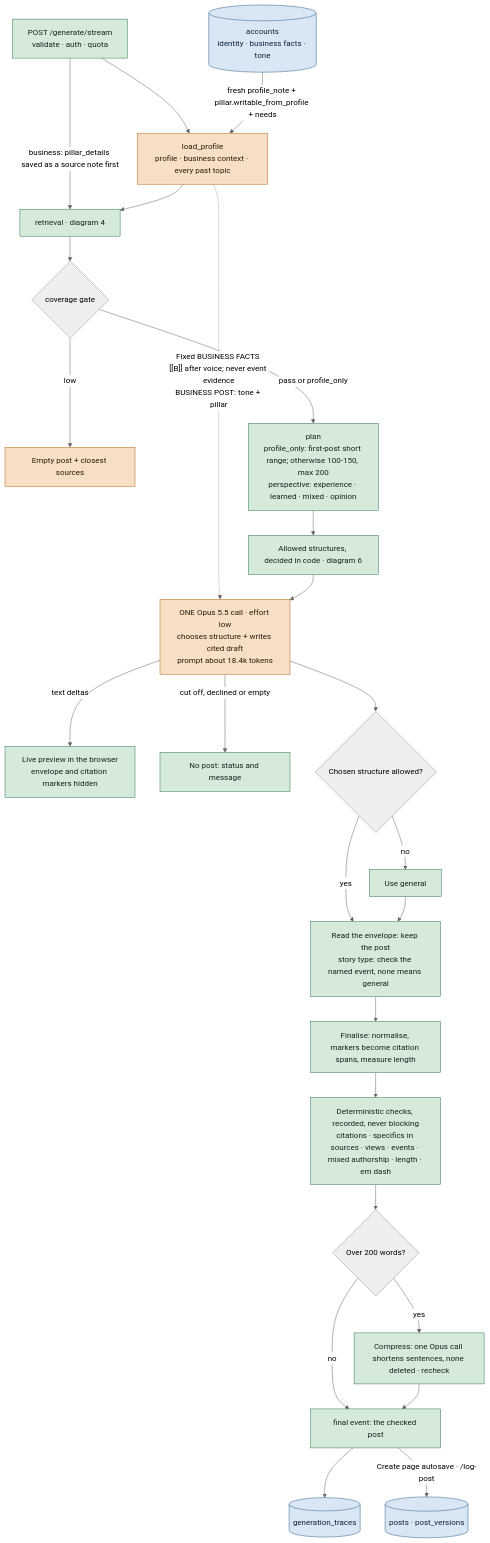
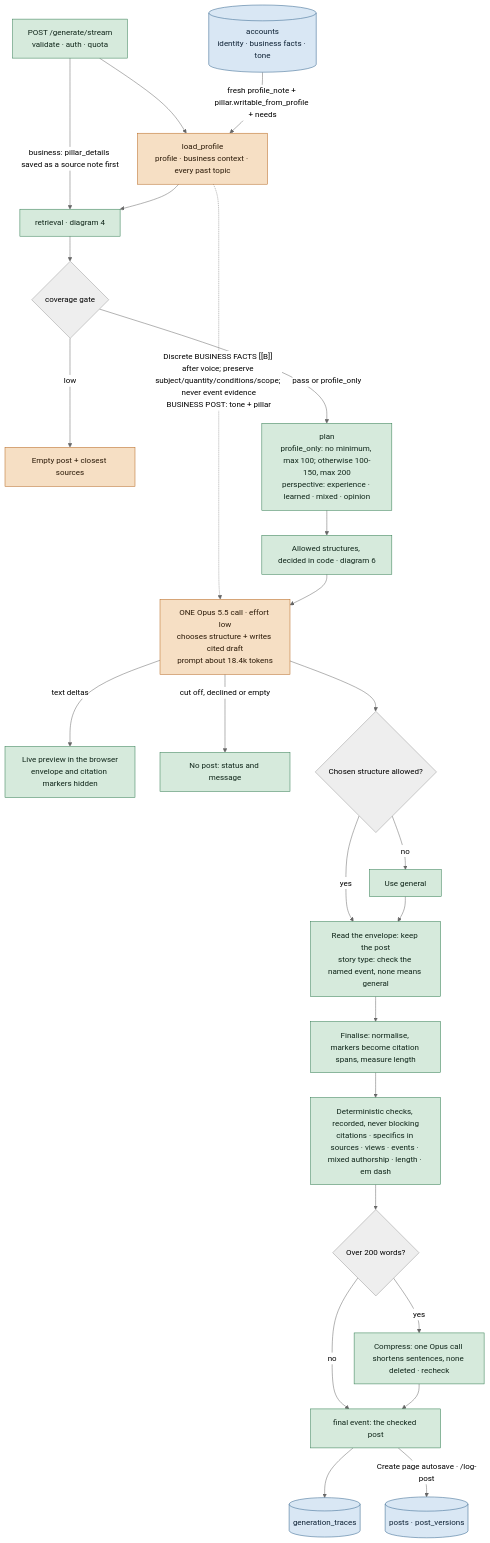
Before and after one commit to Soham112/Contendo: the fifth of 9 diagrams in docs/ARCHITECTURE.md, drawn with Mermaid (neutral theme). The commit also changed other lines of this file and 8 other files, not shown here.

````diff
--- a/docs/ARCHITECTURE.md
+++ b/docs/ARCHITECTURE.md
@@ -336,35 +336,35 @@
 ```mermaid
 flowchart TD
   req["POST /generate/stream<br/>validate · auth · quota"] --> lp["load_profile<br/>profile · business context · every past topic"]
   req -->|"business: pillar_details saved as a source note first"| rt
   acc[("accounts<br/>identity · business facts · tone")] -->|"fresh profile_note + pillar.writable_from_profile + needs"| lp
   lp --> rt["retrieval · diagram 4"]
   rt --> gate{"coverage gate"}
   gate -->|low| lc["Empty post + closest sources"]
-  gate -->|"pass or profile_only"| plan["plan<br/>profile_only: first-post short range; otherwise 100-150, max 200<br/>perspective: experience · learned · mixed · opinion"]
+  gate -->|"pass or profile_only"| plan["plan<br/>profile_only: no minimum, max 100; otherwise 100-150, max 200<br/>perspective: experience · learned · mixed · opinion"]
   plan --> allow["Allowed structures, decided in code · diagram 6"]
-  lp -.->|"Fixed BUSINESS FACTS [[B]] after voice; never event evidence<br/>BUSINESS POST: tone + pillar"| draft
+  lp -.->|"Discrete BUSINESS FACTS [[B]] after voice; preserve subject/quantity/conditions/scope; never event evidence<br/>BUSINESS POST: tone + pillar"| draft
   allow --> draft["ONE Opus 5.5 call · effort low<br/>chooses structure + writes cited draft<br/>prompt about 18.4k tokens"]
   draft -->|"text deltas"| sse["Live preview in the browser<br/>envelope and citation markers hidden"]
   draft -->|"cut off, declined or empty"| tr["No post: status and message"]
   draft --> rs{"Chosen structure allowed?"}
   rs -->|no| gen["Use general"]
   rs -->|yes| strip["Read the envelope: keep the post<br/>story type: check the named event, none means general"]
   gen --> strip
   strip --> fin["Finalise: normalise, markers become citation spans, measure length"]
   fin --> chk["Deterministic checks, recorded, never blocking<br/>citations · specifics in sources · views · events · mixed authorship · length · em dash"]
   chk --> long{"Over 200 words?"}
   long -->|yes| comp["Compress: one Opus call shortens sentences, none deleted · recheck"]
   long -->|no| out["final event: the checked post"]
   comp --> out
   out --> save[("generation_traces")]
   out -->|"Create page autosave · /log-post"| saveP[("posts · post_versions")]
   class req,rt,plan,allow,sse,strip,fin,chk,comp,out,gen,tr built
   class lp,draft,lc issue
   class save,saveP,acc store
   classDef built fill:#d6eadc,stroke:#2f7a4f,color:#10261a
   classDef issue fill:#f6dfc4,stroke:#b5651d,color:#2b1a08
   classDef planned fill:#e2e2f4,stroke:#5b5ea6,color:#16173a,stroke-dasharray:5 3
   classDef store fill:#d9e7f4,stroke:#2d5f8a,color:#0e2235
   classDef ext fill:#ececec,stroke:#6b6b6b,color:#1c1c1c
 ```
````
